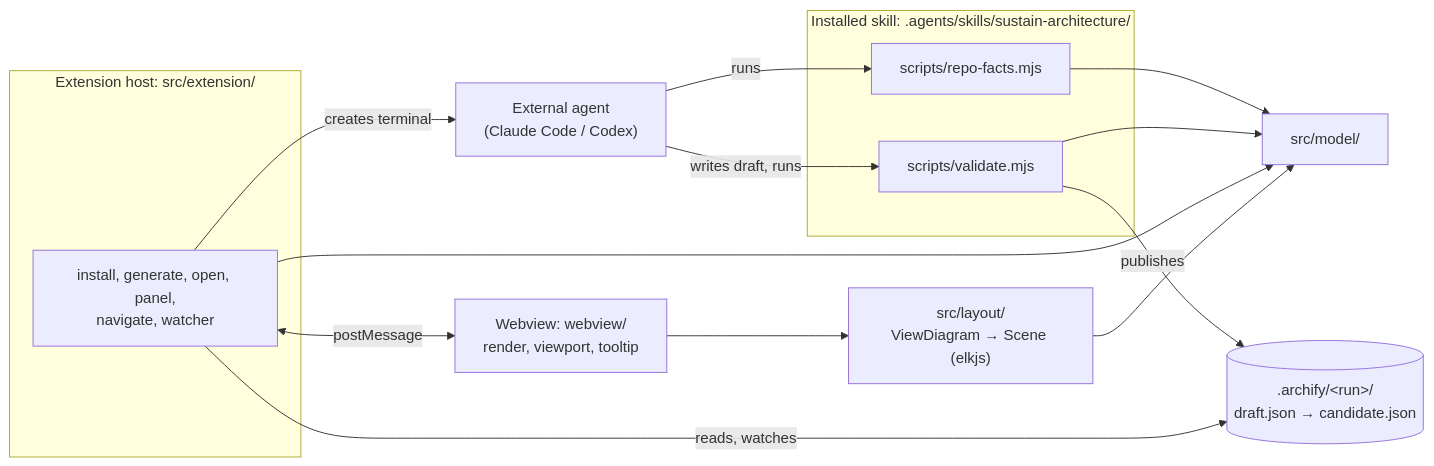
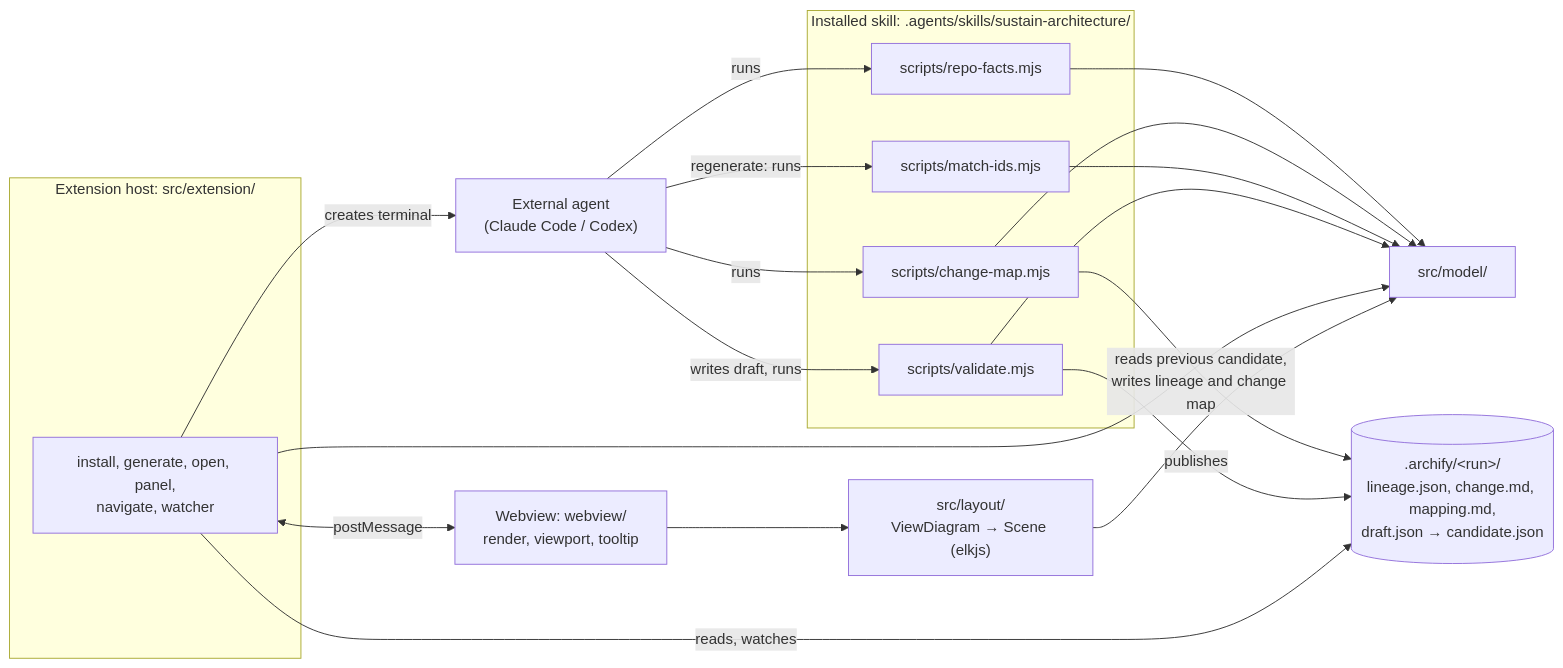
The first of 6 diagrams in docs/architecture.md (DennieDan/sustain), drawn with Mermaid before and after one commit. The commit also changed other lines of this file and 32 other files, not shown here.

````diff
--- a/docs/architecture.md
+++ b/docs/architecture.md
@@ -7,27 +7,34 @@
 ```mermaid
 flowchart LR
   agent["External agent<br/>(Claude Code / Codex)"]
   subgraph skill["Installed skill: .agents/skills/sustain-architecture/"]
     rf["scripts/repo-facts.mjs"]
+    cm["scripts/change-map.mjs"]
+    mi["scripts/match-ids.mjs"]
     val["scripts/validate.mjs"]
   end
   subgraph ext["Extension host: src/extension/"]
     host["install, generate, open, panel,<br/>navigate, watcher"]
   end
   web["Webview: webview/<br/>render, viewport, tooltip"]
   model["src/model/"]
   layout["src/layout/<br/>ViewDiagram → Scene (elkjs)"]
-  disk[(".archify/&lt;run&gt;/<br/>draft.json → candidate.json")]
+  disk[(".archify/&lt;run&gt;/<br/>lineage.json, change.md, mapping.md,<br/>draft.json → candidate.json")]
 
   agent -- "runs" --> rf
+  agent -- "runs" --> cm
+  agent -- "regenerate: runs" --> mi
   agent -- "writes draft, runs" --> val
   rf --> model
+  cm --> model
+  mi --> model
   val --> model
+  cm -- "reads previous candidate,<br/>writes lineage and change map" --> disk
   val -- "publishes" --> disk
   host --> model
   host <-- "postMessage" --> web
   web --> layout
   layout --> model
   host -- "reads, watches" --> disk
   host -- "creates terminal" --> agent
 ```
````
